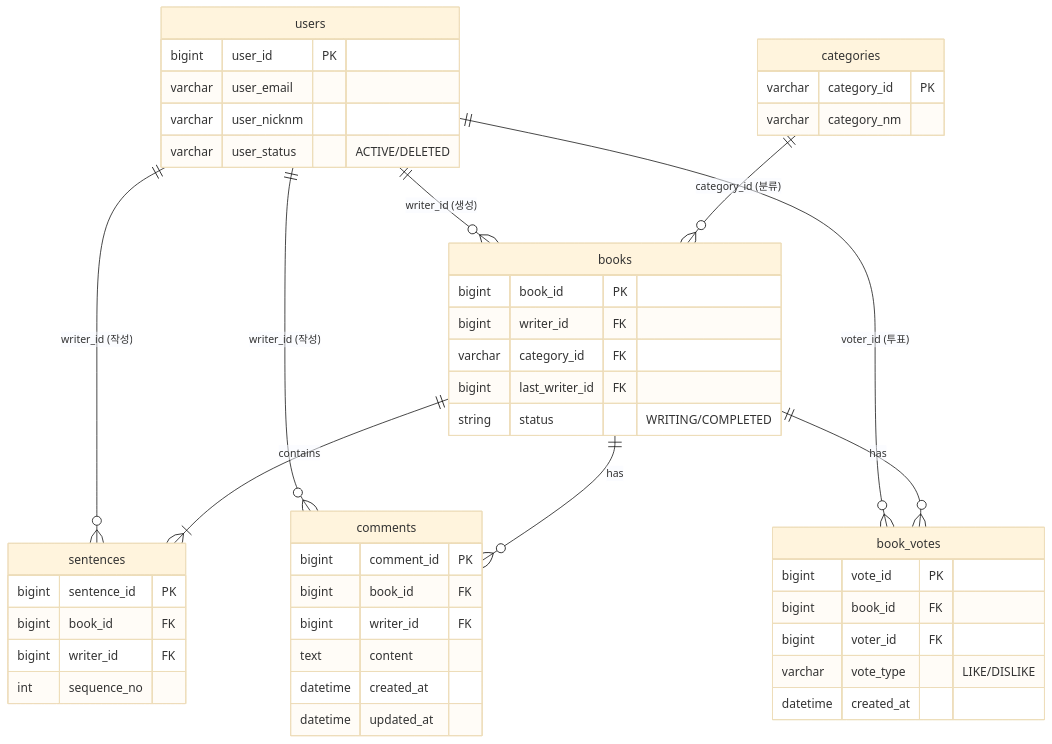
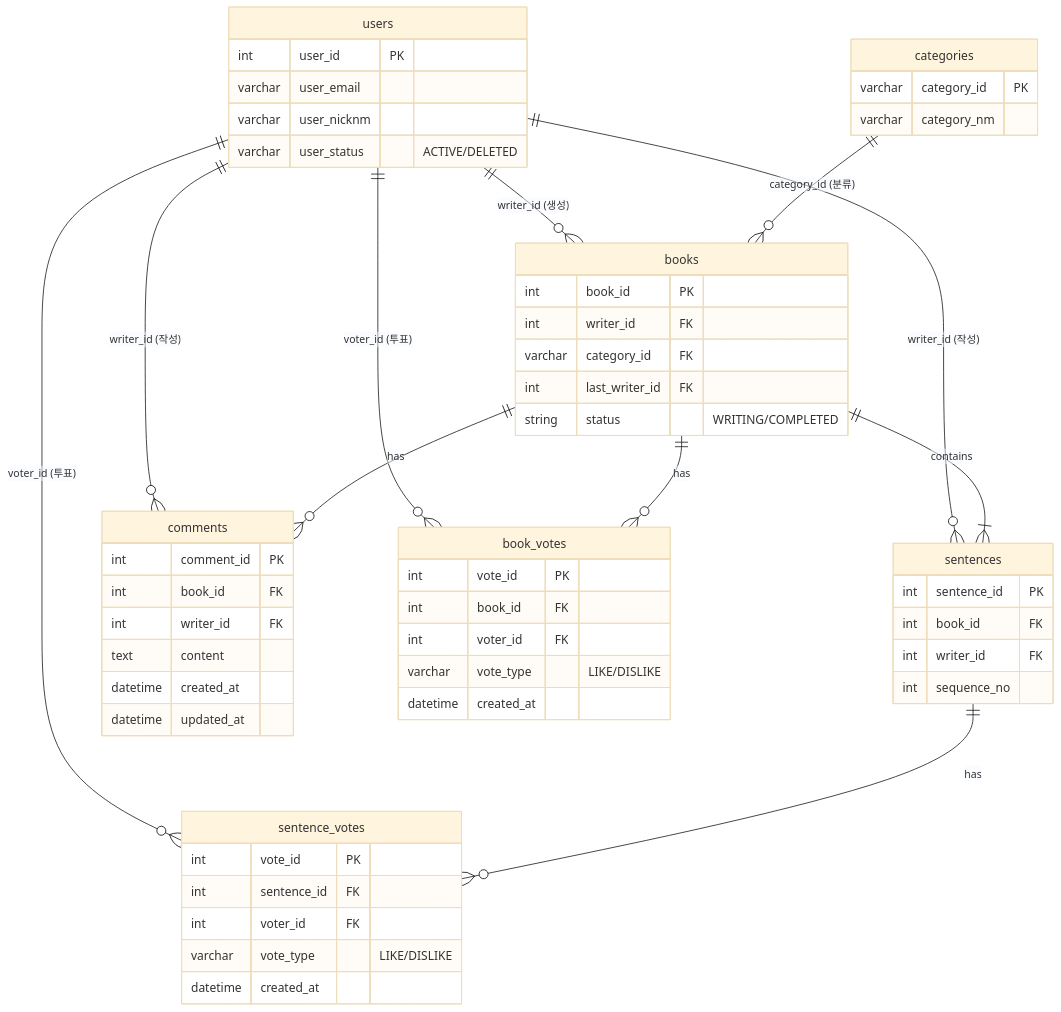
One commit to wjdqudwls/be22-2nd-team2-project changed the diagram in README.md. Above: the diagram before and after it, drawn with Mermaid (base theme). The commit also changed other lines of this file, not shown here.

````diff
--- a/README.md
+++ b/README.md
@@ -73,57 +74,67 @@
 ```mermaid
 erDiagram
     users ||--o{ books : "writer_id (생성)"
     users ||--o{ sentences : "writer_id (작성)"
     users ||--o{ comments : "writer_id (작성)"
     users ||--o{ book_votes : "voter_id (투표)"
+    users ||--o{ sentence_votes : "voter_id (투표)"
 
     categories ||--o{ books : "category_id (분류)"
 
     books ||--|{ sentences : contains
     books ||--o{ comments : has
     books ||--o{ book_votes : has
+    sentences ||--o{ sentence_votes : has
 
     users {
-        bigint user_id PK
+        int user_id PK
         varchar user_email
         varchar user_nicknm
         varchar user_status "ACTIVE/DELETED"
     }
     
     books {
-        bigint book_id PK
-        bigint writer_id FK
+        int book_id PK
+        int writer_id FK
         varchar category_id FK
-        bigint last_writer_id FK
+        int last_writer_id FK
         string status "WRITING/COMPLETED"
     }
 
     sentences {
-        bigint sentence_id PK
-        bigint book_id FK
-        bigint writer_id FK
+        int sentence_id PK
+        int book_id FK
+        int writer_id FK
         int sequence_no
     }
     
     book_votes {
-        bigint vote_id PK
-        bigint book_id FK
-        bigint voter_id FK
+        int vote_id PK
+        int book_id FK
+        int voter_id FK
+        varchar vote_type "LIKE/DISLIKE"
+        datetime created_at
+    }
+
+    sentence_votes {
+        int vote_id PK
+        int sentence_id FK
+        int voter_id FK
         varchar vote_type "LIKE/DISLIKE"
         datetime created_at
     }
 
     comments {
-        bigint comment_id PK
-        bigint book_id FK
-        bigint writer_id FK
+        int comment_id PK
+        int book_id FK
+        int writer_id FK
         text content
         datetime created_at
         datetime updated_at
     }
 
     categories {
         varchar category_id PK
         varchar category_nm
     }
 ```
````
